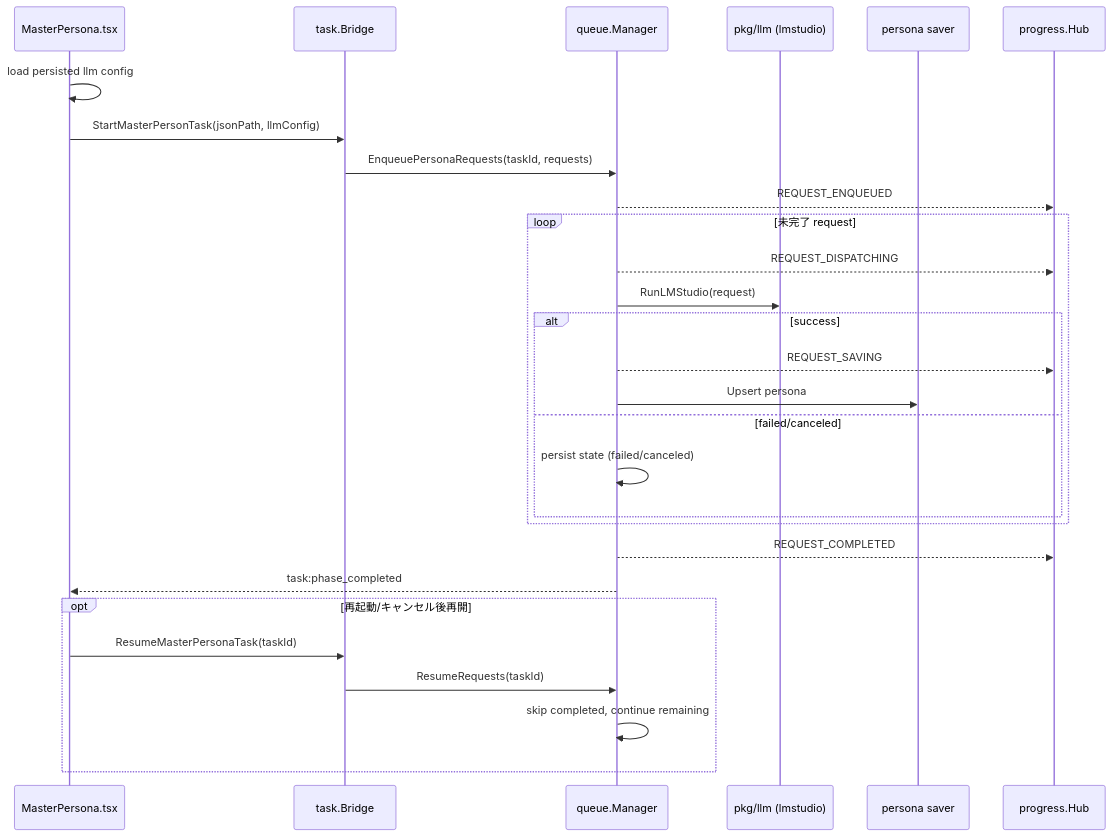
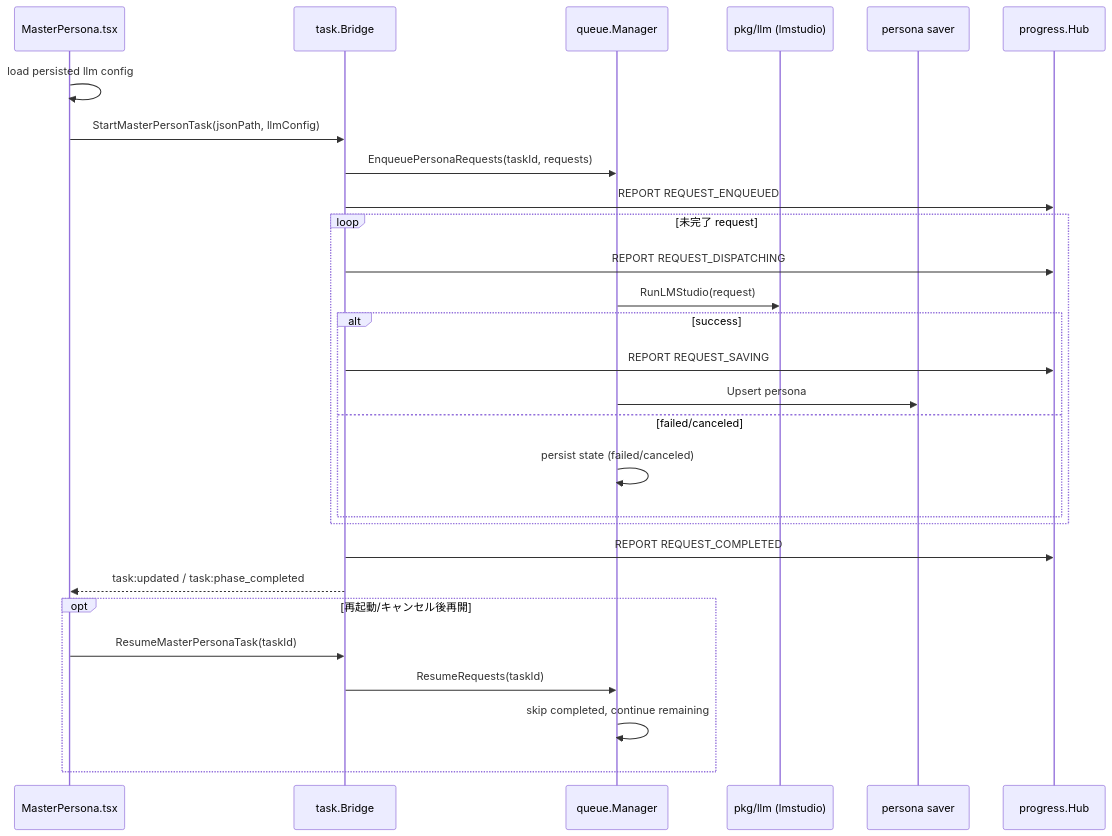
Before and after one commit to ishibata91/ai-translation-engine-2: the second of 2 diagrams in openspec/changes/master-persona-llm-queue-resume/design.md, drawn with Mermaid. The commit also changed other lines of this file and 3 other files, not shown here.

````diff
--- a/openspec/changes/master-persona-llm-queue-resume/design.md
+++ b/openspec/changes/master-persona-llm-queue-resume/design.md
@@ -135,34 +141,34 @@
 ```mermaid
 sequenceDiagram
     participant UI as MasterPersona.tsx
     participant Bridge as task.Bridge
     participant Queue as queue.Manager
     participant LLM as pkg/llm (lmstudio)
     participant Save as persona saver
     participant Prog as progress.Hub
 
     UI->>UI: load persisted llm config
     UI->>Bridge: StartMasterPersonTask(jsonPath, llmConfig)
     Bridge->>Queue: EnqueuePersonaRequests(taskId, requests)
-    Queue-->>Prog: REQUEST_ENQUEUED
+    Bridge->>Prog: REPORT REQUEST_ENQUEUED
 
     loop 未完了 request
-      Queue-->>Prog: REQUEST_DISPATCHING
+      Bridge->>Prog: REPORT REQUEST_DISPATCHING
       Queue->>LLM: RunLMStudio(request)
       alt success
-        Queue-->>Prog: REQUEST_SAVING
+        Bridge->>Prog: REPORT REQUEST_SAVING
         Queue->>Save: Upsert persona
       else failed/canceled
         Queue->>Queue: persist state (failed/canceled)
       end
     end
 
-    Queue-->>Prog: REQUEST_COMPLETED
-    Queue-->>UI: task:phase_completed
+    Bridge->>Prog: REPORT REQUEST_COMPLETED
+    Bridge-->>UI: task:updated / task:phase_completed
 
     opt 再起動/キャンセル後再開
       UI->>Bridge: ResumeMasterPersonaTask(taskId)
       Bridge->>Queue: ResumeRequests(taskId)
       Queue->>Queue: skip completed, continue remaining
     end
 ```
````
